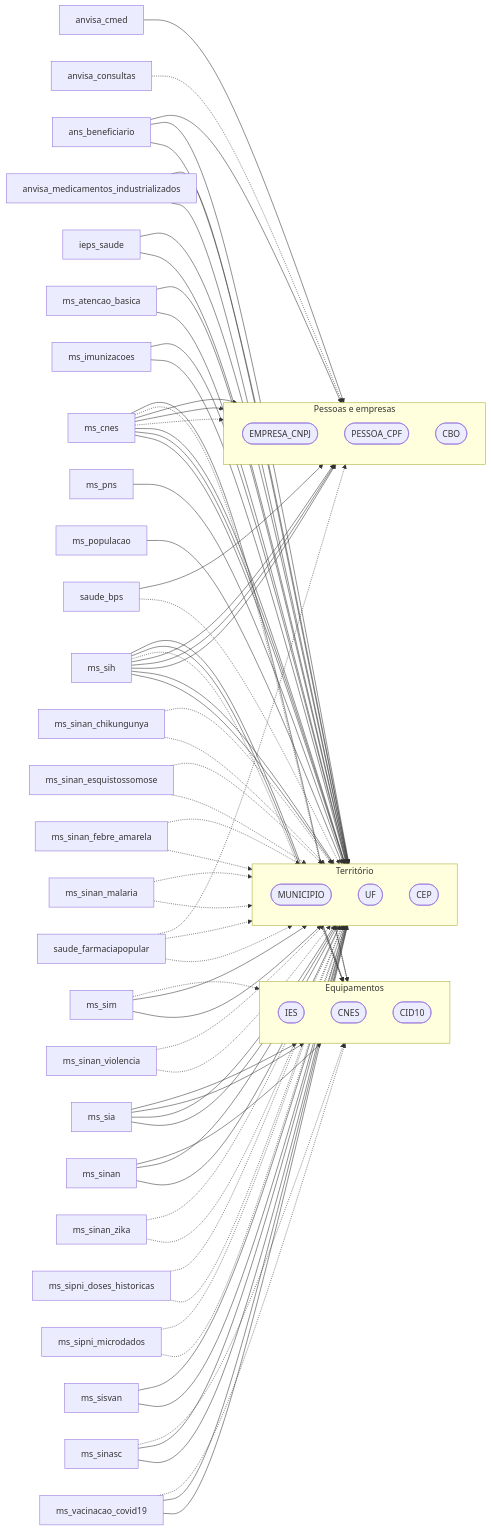
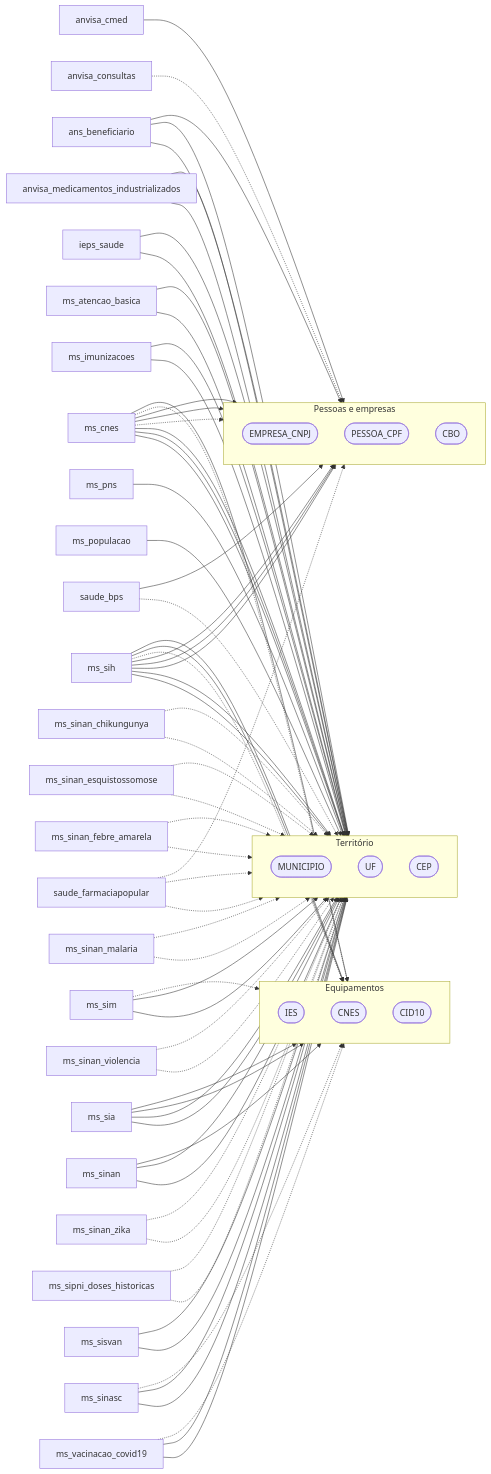
The third of 12 diagrams in docs/mapa/Flow.md (rafapolo/rodado), drawn with Mermaid before and after one commit. The commit also changed other lines of this file and 8 other files, not shown here.

```diff
--- a/docs/mapa/Flow.md
+++ b/docs/mapa/Flow.md
@@ -199,7 +199,6 @@
     saude_br_ms_sinan_zika["ms_sinan_zika"]
     saude_br_ms_sinasc["ms_sinasc"]
     saude_br_ms_sipni_doses_historicas["ms_sipni_doses_historicas"]
-    saude_br_ms_sipni_microdados["ms_sipni_microdados"]
     saude_br_ms_sisvan["ms_sisvan"]
     saude_br_ms_vacinacao_covid19["ms_vacinacao_covid19"]
     saude_br_saude_bps["saude_bps"]
@@ -280,8 +279,6 @@
     saude_br_ms_sinasc --> saude_UF
     saude_br_ms_sipni_doses_historicas -.-> saude_MUNICIPIO
     saude_br_ms_sipni_doses_historicas -.-> saude_UF
-    saude_br_ms_sipni_microdados -.-> saude_MUNICIPIO
-    saude_br_ms_sipni_microdados -.-> saude_UF
     saude_br_ms_sisvan --> saude_MUNICIPIO
     saude_br_ms_sisvan --> saude_UF
     saude_br_ms_vacinacao_covid19 -.-> saude_CNES
```
